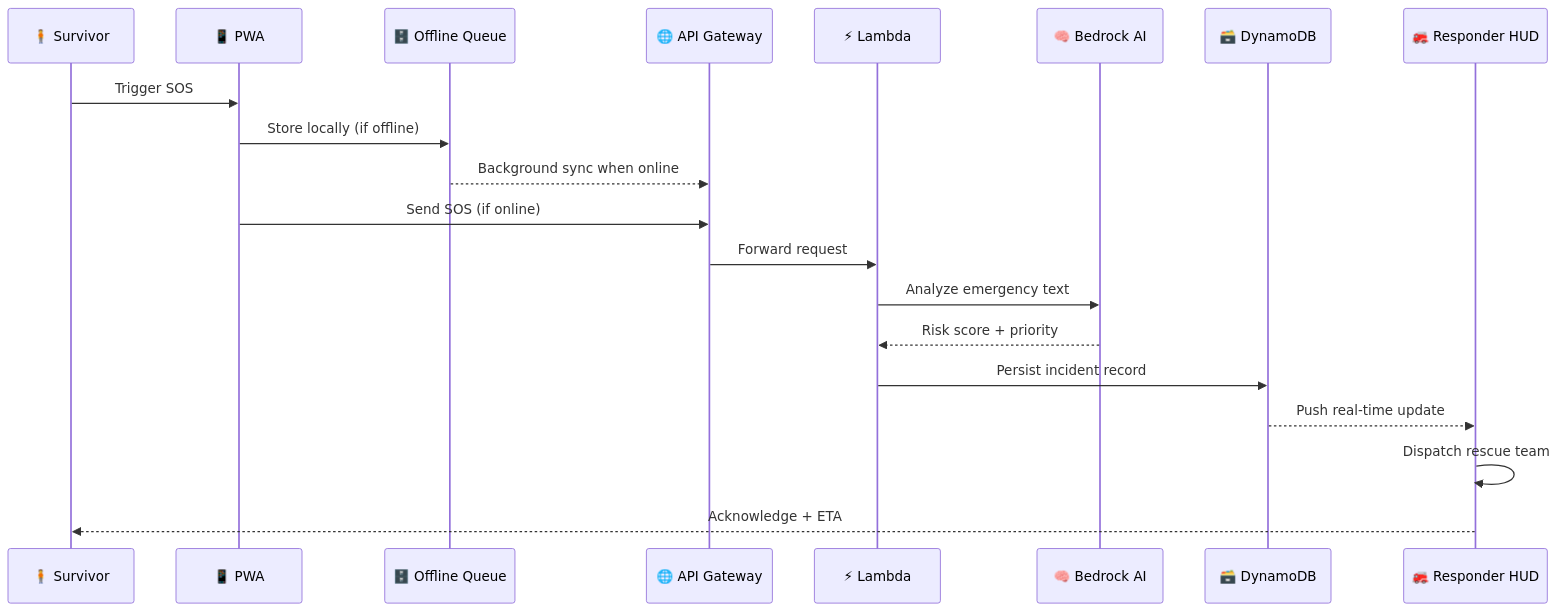
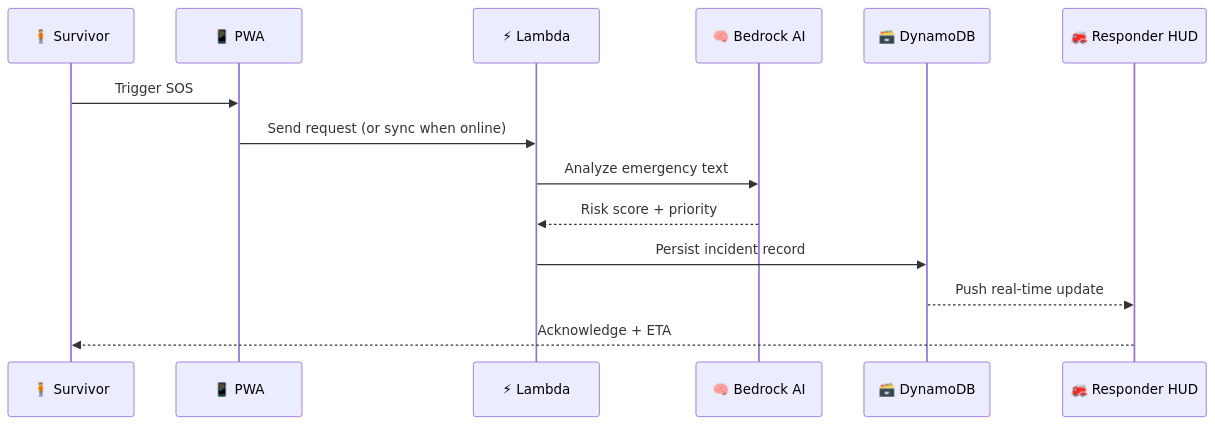
The third of 3 diagrams in README.md (CyberCodezilla/Rescue-Link), drawn with Mermaid before and after one commit. The commit also changed other lines of this file, not shown here.

````diff
--- a/README.md
+++ b/README.md
@@ -130,23 +77,17 @@
 ```mermaid
 sequenceDiagram
     participant S as 🧍 Survivor
     participant P as 📱 PWA
-    participant Q as 🗄️ Offline Queue
-    participant A as 🌐 API Gateway
     participant L as ⚡ Lambda
     participant B as 🧠 Bedrock AI
     participant D as 🗃️ DynamoDB
     participant R as 🚒 Responder HUD
 
     S->>P: Trigger SOS
-    P->>Q: Store locally (if offline)
-    Q-->>A: Background sync when online
-    P->>A: Send SOS (if online)
-    A->>L: Forward request
+    P->>L: Send request (or sync when online)
     L->>B: Analyze emergency text
     B-->>L: Risk score + priority
     L->>D: Persist incident record
     D-->>R: Push real-time update
-    R->>R: Dispatch rescue team
     R-->>S: Acknowledge + ETA
 ```
````
